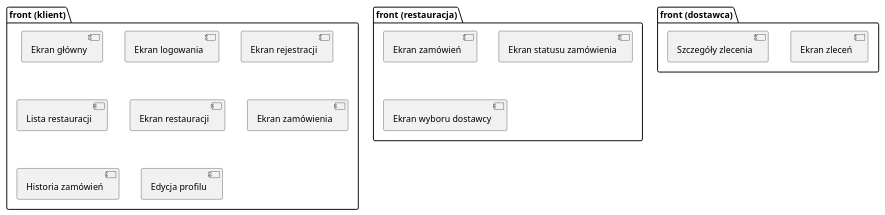
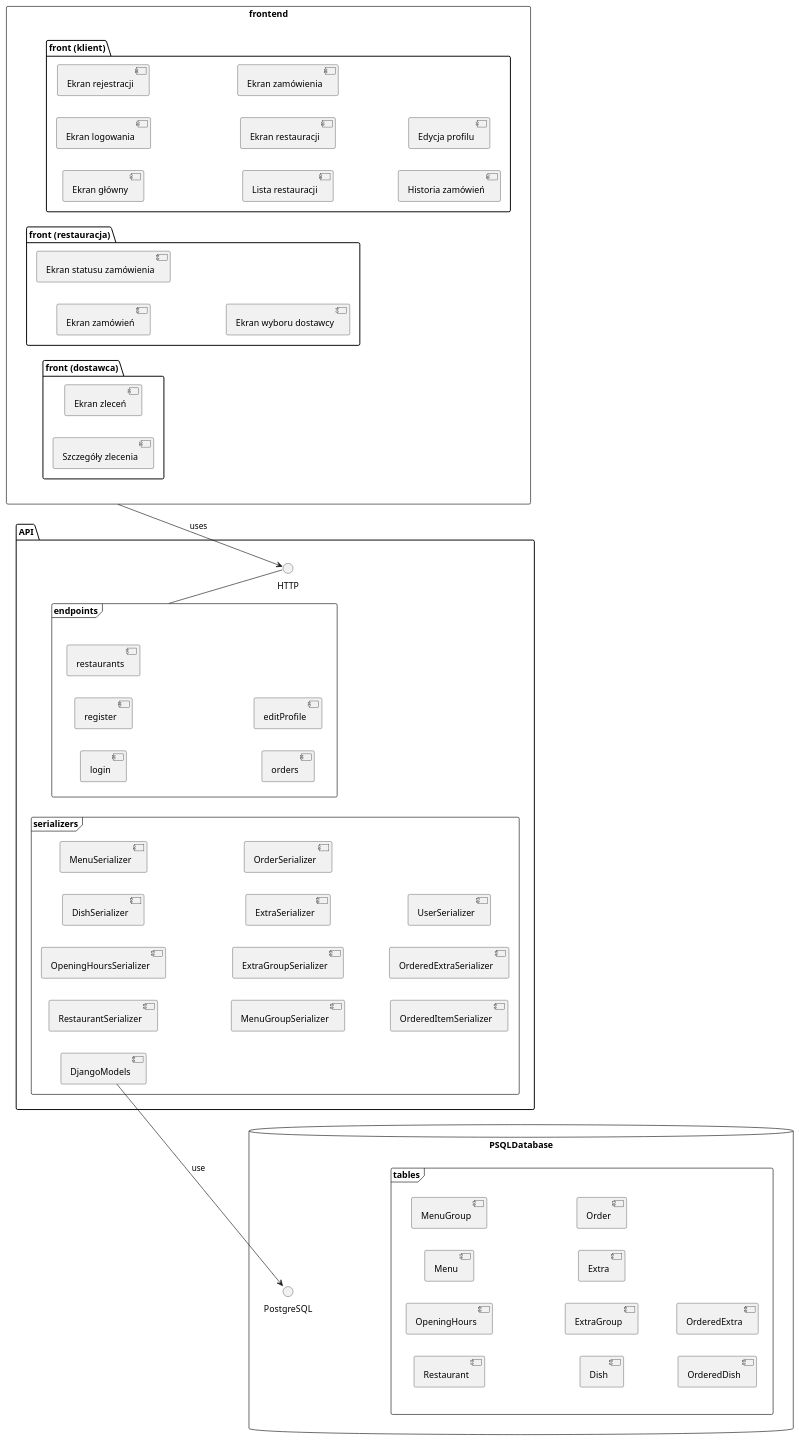
Before and after one commit to amelinium23/food-ordering-and-delivering-service: the diagram in docs/component_diagram.md, drawn with PlantUML.

Commit message:
Create component diagram

````diff
--- a/docs/component_diagram.md
+++ b/docs/component_diagram.md
@@ -1,25 +1,77 @@
 ```plantuml
 @startuml components
-package "front (klient)" {
+left to right direction
+
+rectangle "frontend" as frontend {
+package "front (klient)" as clientFront {
     component "Ekran główny" as homescreen
-    component "Ekran logowania" as login
-    component "Ekran rejestracji" as register
-    component "Lista restauracji" as restaurants
-    component "Ekran restauracji" as restaurant
-    component "Ekran zamówienia" as order
+    component "Ekran logowania" as loginscreen
+    component "Ekran rejestracji" as registerscreen
+    component "Lista restauracji" as restaurantsscreen
+    component "Ekran restauracji" as restaurantscreen
+    component "Ekran zamówienia" as orderscreen
     component "Historia zamówień" as orderhistory
     component "Edycja profilu" as profile
 }
 
-package "front (restauracja)" {
-    component "Ekran zamówień" as orders
+package "front (restauracja)" as restaurantFront {
+    component "Ekran zamówień" as ordersscreen
     component "Ekran statusu zamówienia" as orderstatus
     component "Ekran wyboru dostawcy" as couriers
 }
+
 
 package "front (dostawca)" {
     component "Ekran zleceń" as deliveries
     component "Szczegóły zlecenia" as delivery
 }
+    }
+package "API" {
+    interface HTTP
+    frame "endpoints" as endpoints {
+        component login
+        component register
+        component restaurants
+        component orders
+        component editProfile
+    }
+    frame "serializers" as serializers {
+        component DjangoModels
+        component RestaurantSerializer
+        component OpeningHoursSerializer
+        component DishSerializer
+        component MenuSerializer
+        component MenuGroupSerializer
+        component ExtraGroupSerializer
+        component MenuGroupSerializer
+        component ExtraSerializer
+        component OrderSerializer
+        component OrderedItemSerializer
+        component OrderedExtraSerializer
+        component UserSerializer
+    }
+}
+
+database "PSQLDatabase" {
+    interface PostgreSQL
+    frame "tables" as tables{
+    component Restaurant
+    component OpeningHours
+    component Menu
+    component MenuGroup
+    component Dish
+    component ExtraGroup
+    component Extra
+    component Order
+    component OrderedDish
+    component OrderedExtra
+    }
+}
+frontend --> HTTP : uses
+DjangoModels --> PostgreSQL : use
+endpoints -d- HTTP
+PostgreSQL -[hidden]d- tables
+
+
 @enduml
 ```
````
